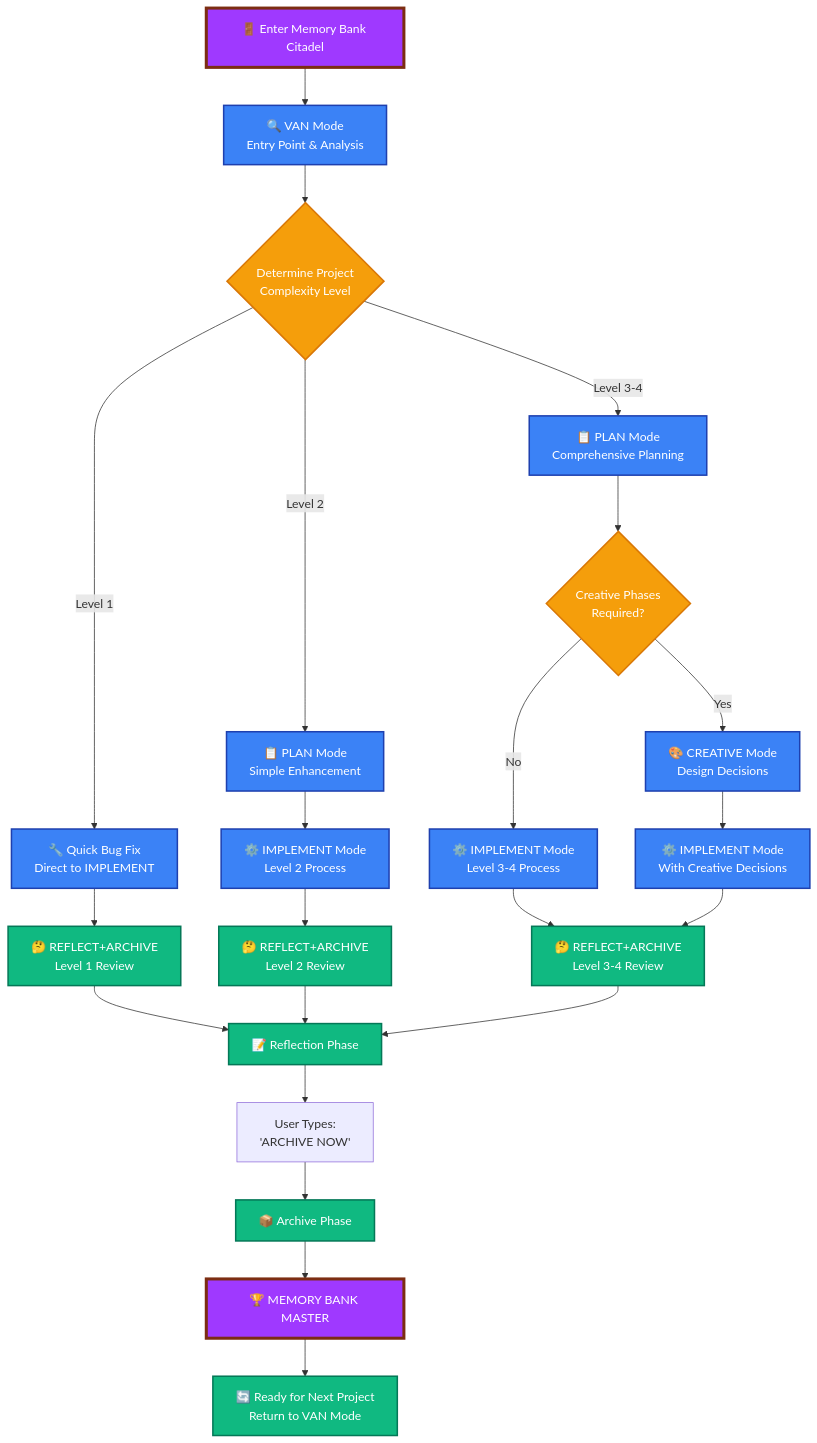
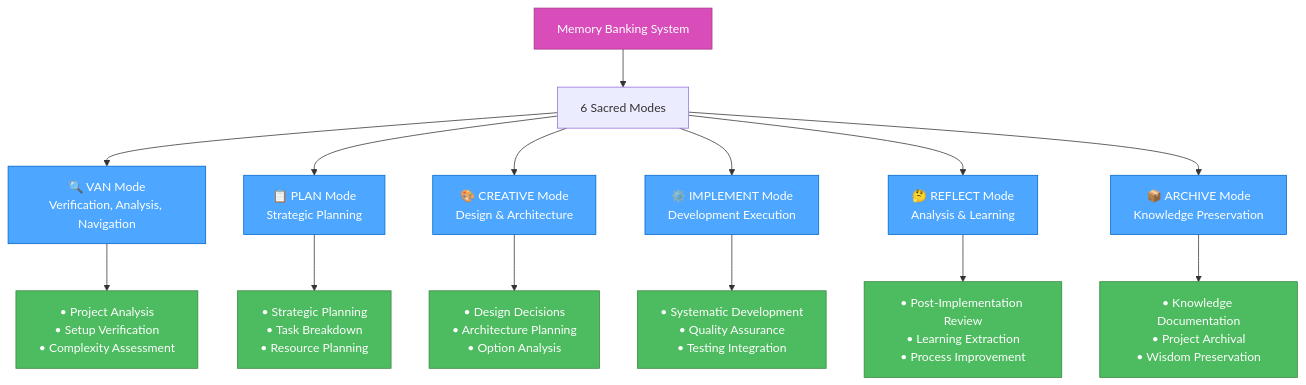
Before and after one commit to giang6283623/cursor-tip: the fourth of 8 diagrams in README.md, drawn with Mermaid. The commit also changed other lines of this file and 7 other files, not shown here.

````diff
--- a/README.md
+++ b/README.md
@@ -573,40 +149,25 @@
 ```mermaid
 graph TD
-    Enter[🚪 Enter Memory Bank Citadel] --> VAN[🔍 VAN Mode<br/>Entry Point & Analysis]
+    MemoryBank[Memory Banking System] --> Modes[6 Sacred Modes]
+    Modes --> VAN[🔍 VAN Mode<br/>Verification, Analysis, Navigation]
+    Modes --> PLAN[📋 PLAN Mode<br/>Strategic Planning]
+    Modes --> CREATIVE[🎨 CREATIVE Mode<br/>Design & Architecture]
+    Modes --> IMPLEMENT[⚙️ IMPLEMENT Mode<br/>Development Execution]
+    Modes --> REFLECT[🤔 REFLECT Mode<br/>Analysis & Learning]
+    Modes --> ARCHIVE[📦 ARCHIVE Mode<br/>Knowledge Preservation]
 
-    VAN --> ComplexityCheck{Determine Project<br/>Complexity Level}
-    ComplexityCheck -->|"Level 1"| QuickFix[🔧 Quick Bug Fix<br/>Direct to IMPLEMENT]
-    ComplexityCheck -->|"Level 2"| PLAN2[📋 PLAN Mode<br/>Simple Enhancement]
-    ComplexityCheck -->|"Level 3-4"| PLAN34[📋 PLAN Mode<br/>Comprehensive Planning]
+    VAN --> VanFeatures[• Project Analysis<br/>• Setup Verification<br/>• Complexity Assessment]
+    PLAN --> PlanFeatures[• Strategic Planning<br/>• Task Breakdown<br/>• Resource Planning]
+    CREATIVE --> CreativeFeatures[• Design Decisions<br/>• Architecture Planning<br/>• Option Analysis]
+    IMPLEMENT --> ImplFeatures[• Systematic Development<br/>• Quality Assurance<br/>• Testing Integration]
+    REFLECT --> ReflectFeatures[• Post-Implementation Review<br/>• Learning Extraction<br/>• Process Improvement]
+    ARCHIVE --> ArchiveFeatures[• Knowledge Documentation<br/>• Project Archival<br/>• Wisdom Preservation]
 
-    PLAN2 --> DirectImplement[⚙️ IMPLEMENT Mode<br/>Level 2 Process]
-    PLAN34 --> CreativeFlag{Creative Phases<br/>Required?}
-    CreativeFlag -->|"Yes"| CREATIVE[🎨 CREATIVE Mode<br/>Design Decisions]
-    CreativeFlag -->|"No"| DirectImplement34[⚙️ IMPLEMENT Mode<br/>Level 3-4 Process]
+    classDef system fill:#d94dbb,stroke:#a3378a,color:white
+    classDef mode fill:#4da6ff,stroke:#0066cc,color:white
+    classDef features fill:#4dbb5f,stroke:#36873f,color:white
 
-    CREATIVE --> IMPLEMENT[⚙️ IMPLEMENT Mode<br/>With Creative Decisions]
-    QuickFix --> QA1[🤔 REFLECT+ARCHIVE<br/>Level 1 Review]
-    DirectImplement --> QA2[🤔 REFLECT+ARCHIVE<br/>Level 2 Review]
-    DirectImplement34 --> QA34[🤔 REFLECT+ARCHIVE<br/>Level 3-4 Review]
-    IMPLEMENT --> QA34
-
-    QA1 --> ReflectPhase[📝 Reflection Phase]
-    QA2 --> ReflectPhase
-    QA34 --> ReflectPhase
-    ReflectPhase --> ArchiveCommand["User Types:<br/>'ARCHIVE NOW'"]
-    ArchiveCommand --> ArchivePhase[📦 Archive Phase]
-    ArchivePhase --> Complete[🏆 MEMORY BANK MASTER]
-
-    Complete --> NextCycle[🔄 Ready for Next Project<br/>Return to VAN Mode]
-
-    classDef entry fill:#9f39ff,stroke:#7c2d12,stroke-width:4px,color:#fff
-    classDef mode fill:#3b82f6,stroke:#1e40af,stroke-width:2px,color:#fff
-    classDef decision fill:#f59e0b,stroke:#d97706,stroke-width:2px,color:#fff
-    classDef process fill:#10b981,stroke:#047857,stroke-width:2px,color:#fff
-    classDef complete fill:#ef4444,stroke:#dc2626,stroke-width:4px,color:#fff
-
-    class Enter,Complete entry
-    class VAN,PLAN2,PLAN34,CREATIVE,IMPLEMENT,DirectImplement,DirectImplement34,QuickFix mode
-    class ComplexityCheck,CreativeFlag decision
-    class QA1,QA2,QA34,ReflectPhase,ArchivePhase,NextCycle process
+    class MemoryBank system
+    class VAN,PLAN,CREATIVE,IMPLEMENT,REFLECT,ARCHIVE mode
+    class VanFeatures,PlanFeatures,CreativeFeatures,ImplFeatures,ReflectFeatures,ArchiveFeatures features
 ```
````
